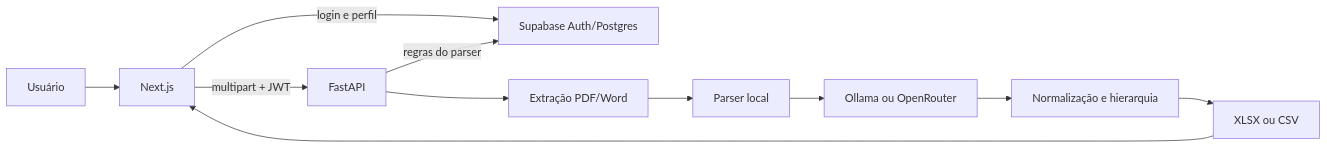
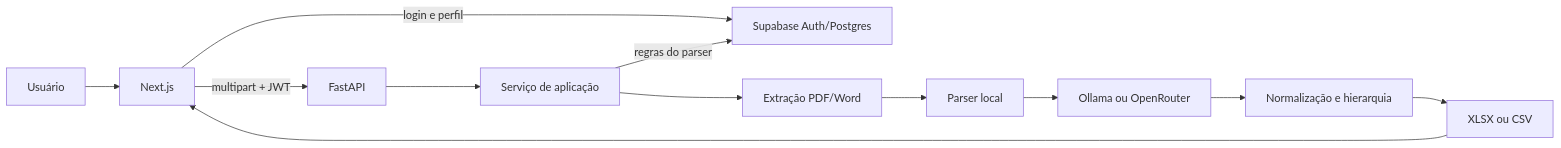
The diagram in docs/architecture.md (Ivamaroque/Qualital-Nexus), drawn with Mermaid before and after one commit. The commit also changed other lines of this file and 24 other files, not shown here.

````diff
--- a/docs/architecture.md
+++ b/docs/architecture.md
@@ -5,13 +5,14 @@
 ```mermaid
 flowchart LR
     U[Usuário] --> F[Next.js]
     F -->|login e perfil| S[Supabase Auth/Postgres]
     F -->|multipart + JWT| A[FastAPI]
-    A -->|regras do parser| S
-    A --> E[Extração PDF/Word]
+    A --> O[Serviço de aplicação]
+    O -->|regras do parser| S
+    O --> E[Extração PDF/Word]
     E --> P[Parser local]
     P --> L[Ollama ou OpenRouter]
     L --> N[Normalização e hierarquia]
     N --> X[XLSX ou CSV]
     X --> F
 ```
````
